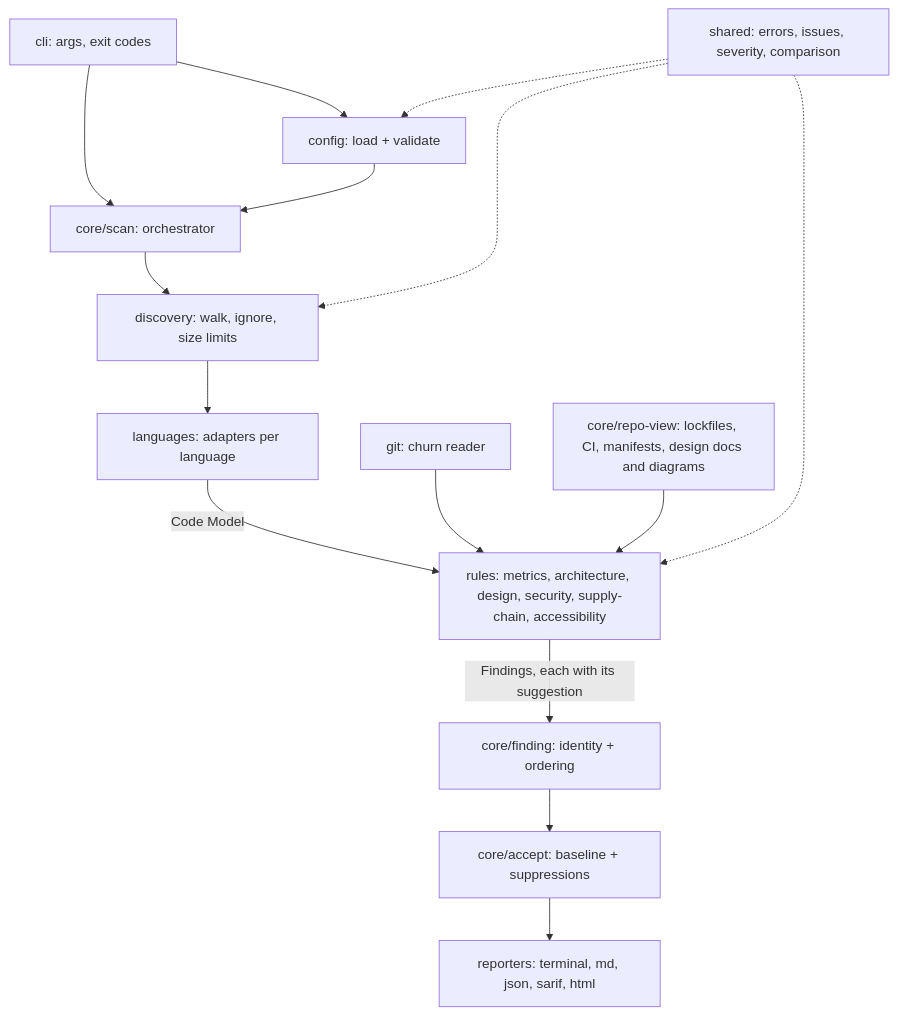
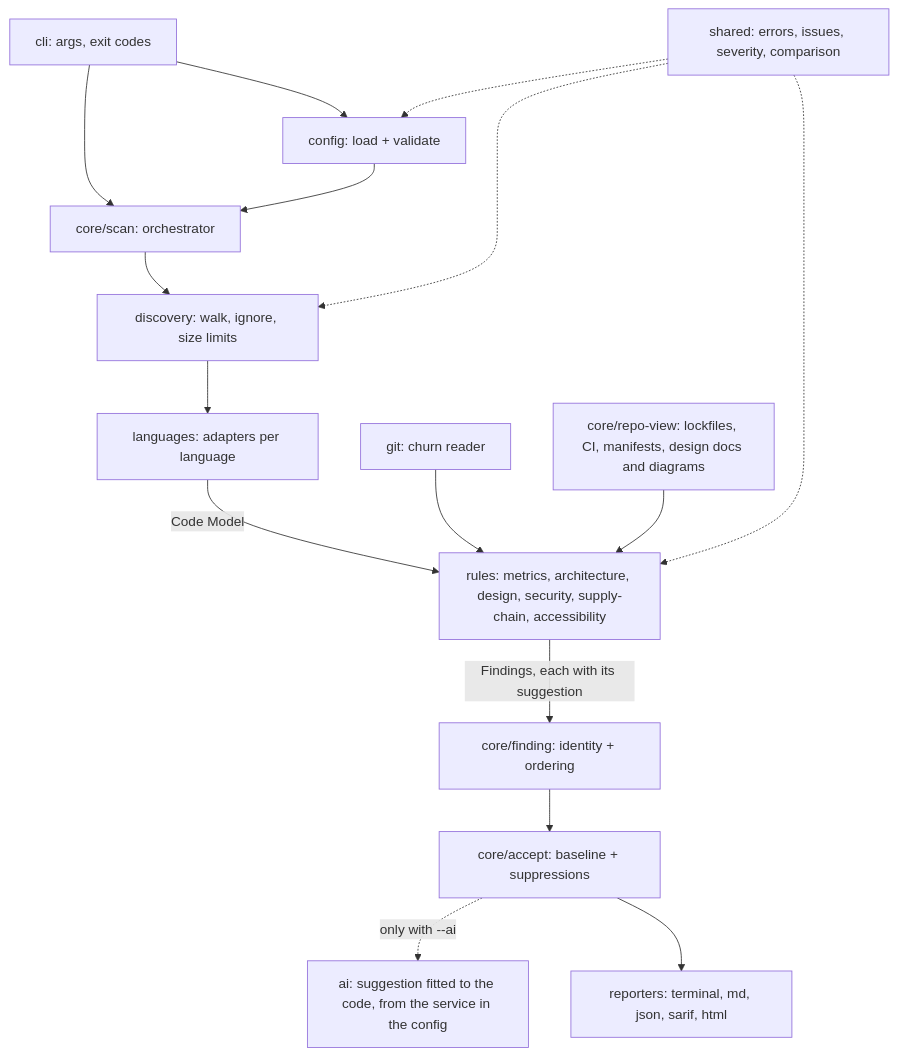
Before and after one commit to BlackCanyonSoftware/siftcode_BCS: the second of 4 diagrams in docs/ARCHITECTURE.md, drawn with Mermaid. The commit also changed 27 other files, not shown here.

````diff
--- a/docs/ARCHITECTURE.md
+++ b/docs/ARCHITECTURE.md
@@ -36,17 +36,18 @@
 ```mermaid
 flowchart TD
     CLI[cli: args, exit codes] --> Cfg[config: load + validate]
     CLI --> Scan[core/scan: orchestrator]
     Cfg --> Scan
     Scan --> Disc[discovery: walk, ignore, size limits]
     Disc --> Lang[languages: adapters per language]
     Lang -->|Code Model| Rules[rules: metrics, architecture, design, security, supply-chain, accessibility]
     Git[git: churn reader] --> Rules
     Repo[core/repo-view: lockfiles, CI, manifests, design docs and diagrams] --> Rules
     Rules -->|Findings, each with its suggestion| Fnd[core/finding: identity + ordering]
     Fnd --> Rank[core/accept: baseline + suppressions]
+    Rank -.->|only with --ai| Ai[ai: suggestion fitted to the code, from the service in the config]
     Shared[shared: errors, issues, severity, comparison] -.-> Cfg
     Shared -.-> Rules
     Shared -.-> Disc
     Rank --> Rep[reporters: terminal, md, json, sarif, html]
 ```
````
